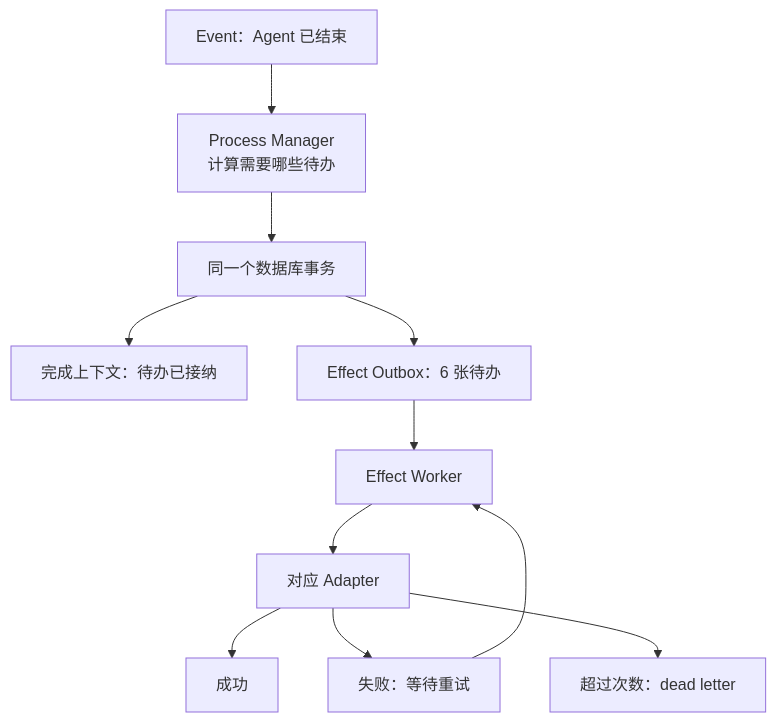
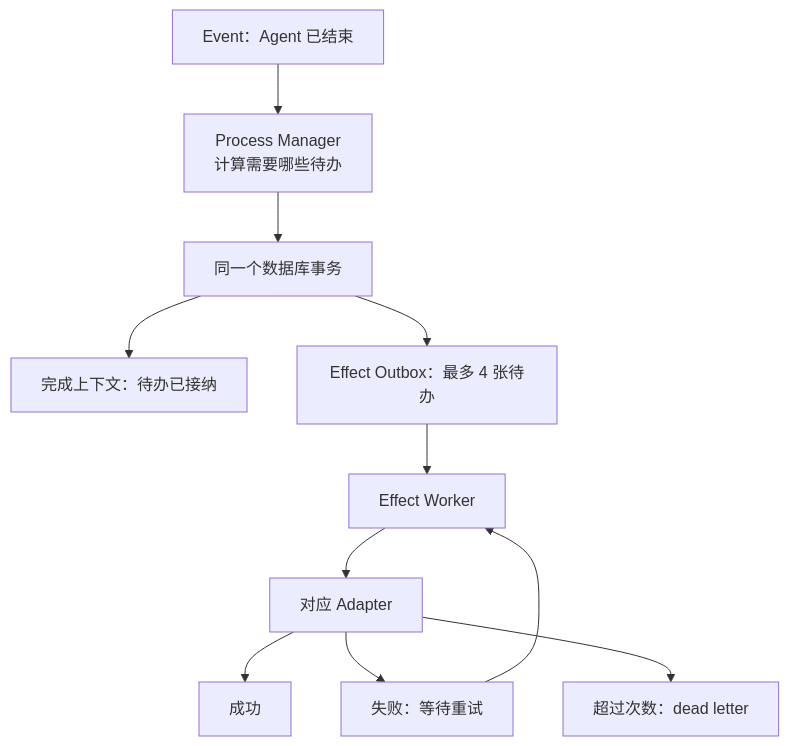
The first of 2 diagrams in docs/technical/execution/durable-effect-outbox.md (changhuaqiu/agent-task-team), drawn with Mermaid before and after one commit. The commit also changed other lines of this file and 10 other files, not shown here.

````diff
--- a/docs/technical/execution/durable-effect-outbox.md
+++ b/docs/technical/execution/durable-effect-outbox.md
@@ -158,13 +156,13 @@
 ```mermaid
 flowchart TB
   E["Event：Agent 已结束"] --> PM["Process Manager<br/>计算需要哪些待办"]
   PM --> TX["同一个数据库事务"]
   TX --> C["完成上下文：待办已接纳"]
-  TX --> O["Effect Outbox：6 张待办"]
+  TX --> O["Effect Outbox：最多 4 张待办"]
   O --> W["Effect Worker"]
   W --> A["对应 Adapter"]
   A --> S["成功"]
   A --> R["失败：等待重试"]
   R --> W
   A --> D["超过次数：dead letter"]
 ```
````
